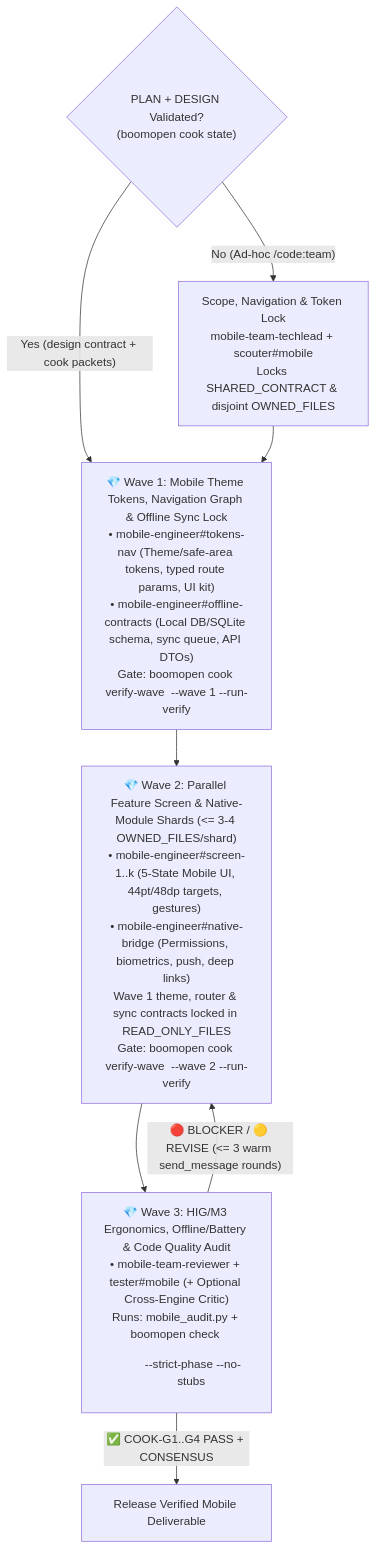
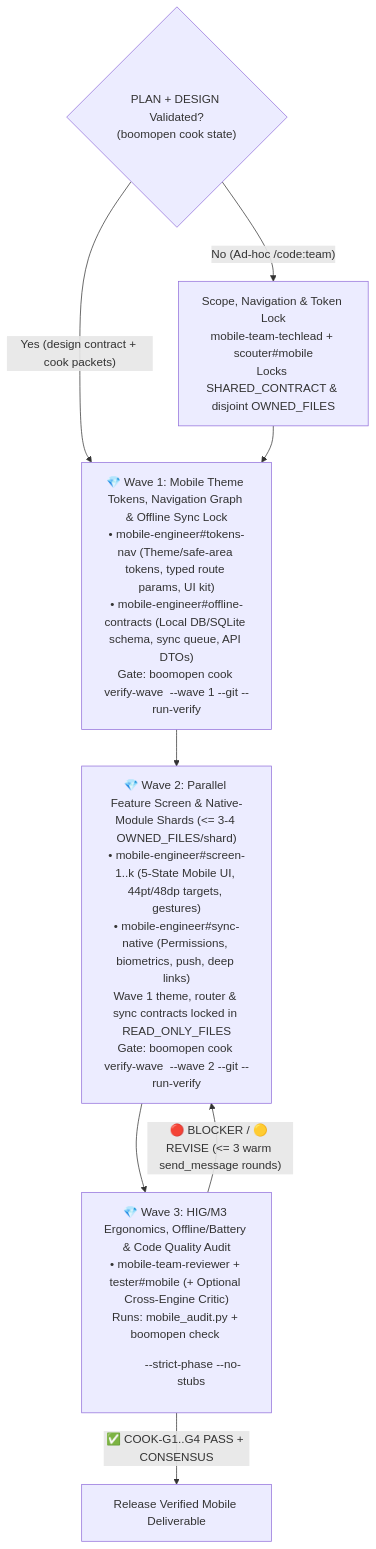
One commit to Kennyboom/BoomOpen-Workflow-Kit-Pro changed the diagram in agents/teams/mobile-team/_team.md. Above: the diagram before and after it, drawn with Mermaid. The commit also changed other lines of this file and 302 other files, not shown here.

````diff
--- a/agents/teams/mobile-team/_team.md
+++ b/agents/teams/mobile-team/_team.md
@@ -46,11 +47,11 @@
 ```mermaid
 flowchart TD
     G0{"PLAN + DESIGN Validated?<br/>(boomopen cook state)"}
     G0 -->|"Yes (design contract + cook packets)"| W1
     G0 -->|"No (Ad-hoc /code:team)"| S0["Scope, Navigation & Token Lock<br/>mobile-team-techlead + scouter#mobile<br/>Locks SHARED_CONTRACT & disjoint OWNED_FILES"]
-    S0 --> W1["💎 Wave 1: Mobile Theme Tokens, Navigation Graph & Offline Sync Lock<br/>• mobile-engineer#tokens-nav (Theme/safe-area tokens, typed route params, UI kit)<br/>• mobile-engineer#offline-contracts (Local DB/SQLite schema, sync queue, API DTOs)<br/>Gate: boomopen cook verify-wave <plan.md> --wave 1 --run-verify"]
-    W1 --> W2["💎 Wave 2: Parallel Feature Screen & Native-Module Shards (<= 3-4 OWNED_FILES/shard)<br/>• mobile-engineer#screen-1..k (5-State Mobile UI, 44pt/48dp targets, gestures)<br/>• mobile-engineer#native-bridge (Permissions, biometrics, push, deep links)<br/>Wave 1 theme, router & sync contracts locked in READ_ONLY_FILES<br/>Gate: boomopen cook verify-wave <plan.md> --wave 2 --run-verify"]
+    S0 --> W1["💎 Wave 1: Mobile Theme Tokens, Navigation Graph & Offline Sync Lock<br/>• mobile-engineer#tokens-nav (Theme/safe-area tokens, typed route params, UI kit)<br/>• mobile-engineer#offline-contracts (Local DB/SQLite schema, sync queue, API DTOs)<br/>Gate: boomopen cook verify-wave <plan.md> --wave 1 --git --run-verify"]
+    W1 --> W2["💎 Wave 2: Parallel Feature Screen & Native-Module Shards (<= 3-4 OWNED_FILES/shard)<br/>• mobile-engineer#screen-1..k (5-State Mobile UI, 44pt/48dp targets, gestures)<br/>• mobile-engineer#sync-native (Permissions, biometrics, push, deep links)<br/>Wave 1 theme, router & sync contracts locked in READ_ONLY_FILES<br/>Gate: boomopen cook verify-wave <plan.md> --wave 2 --git --run-verify"]
     W2 --> W3["💎 Wave 3: HIG/M3 Ergonomics, Offline/Battery & Code Quality Audit<br/>• mobile-team-reviewer + tester#mobile (+ Optional Cross-Engine Critic)<br/>Runs: mobile_audit.py + boomopen check <dir> --strict-phase --no-stubs"]
     W3 -->|"🔴 BLOCKER / 🟡 REVISE (<= 3 warm send_message rounds)"| W2
     W3 -->|"✅ COOK-G1..G4 PASS + CONSENSUS"| OUT["Release Verified Mobile Deliverable"]
 ```
````
